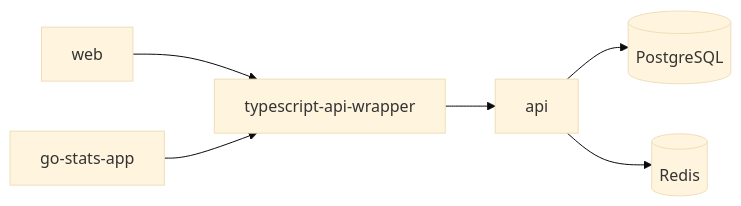
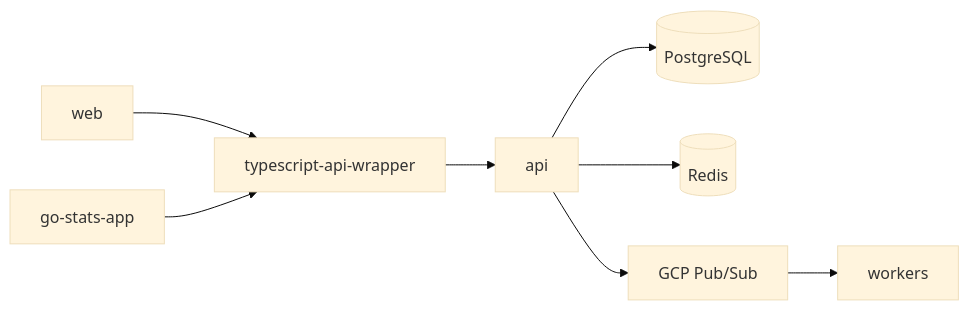
Before and after one commit to go-stats/.github: the diagram in profile/README.md, drawn with Mermaid (base theme). The commit also changed other lines of this file, not shown here.

First line of the commit message:
Update profile README: add infra repo, replace Render/Vercel with GCP infrastructure

````diff
--- a/profile/README.md
+++ b/profile/README.md
@@ -17,8 +18,10 @@
 ```mermaid
 graph LR
     web --> sdk[typescript-api-wrapper]
     app[go-stats-app] --> sdk
     sdk --> api
     api --> pg[(PostgreSQL)]
     api --> redis[(Redis)]
+    api --> pubsub[GCP Pub/Sub]
+    pubsub --> workers
 ```
````
